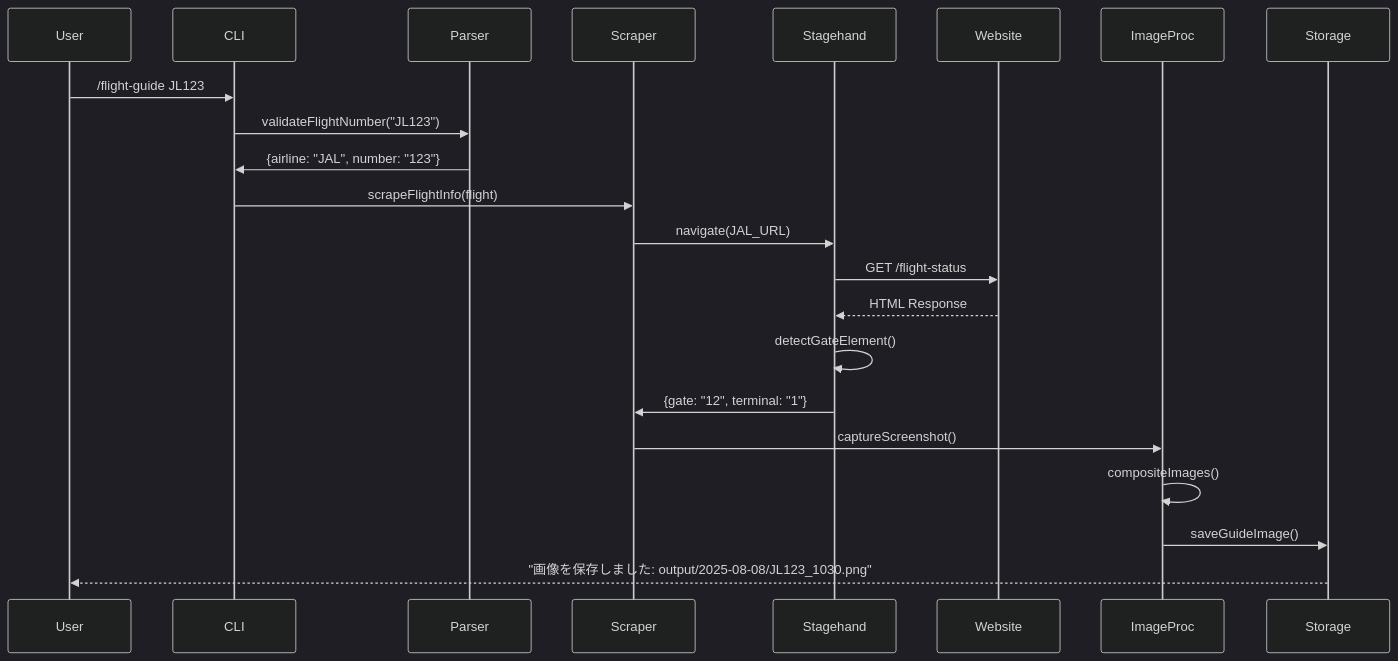
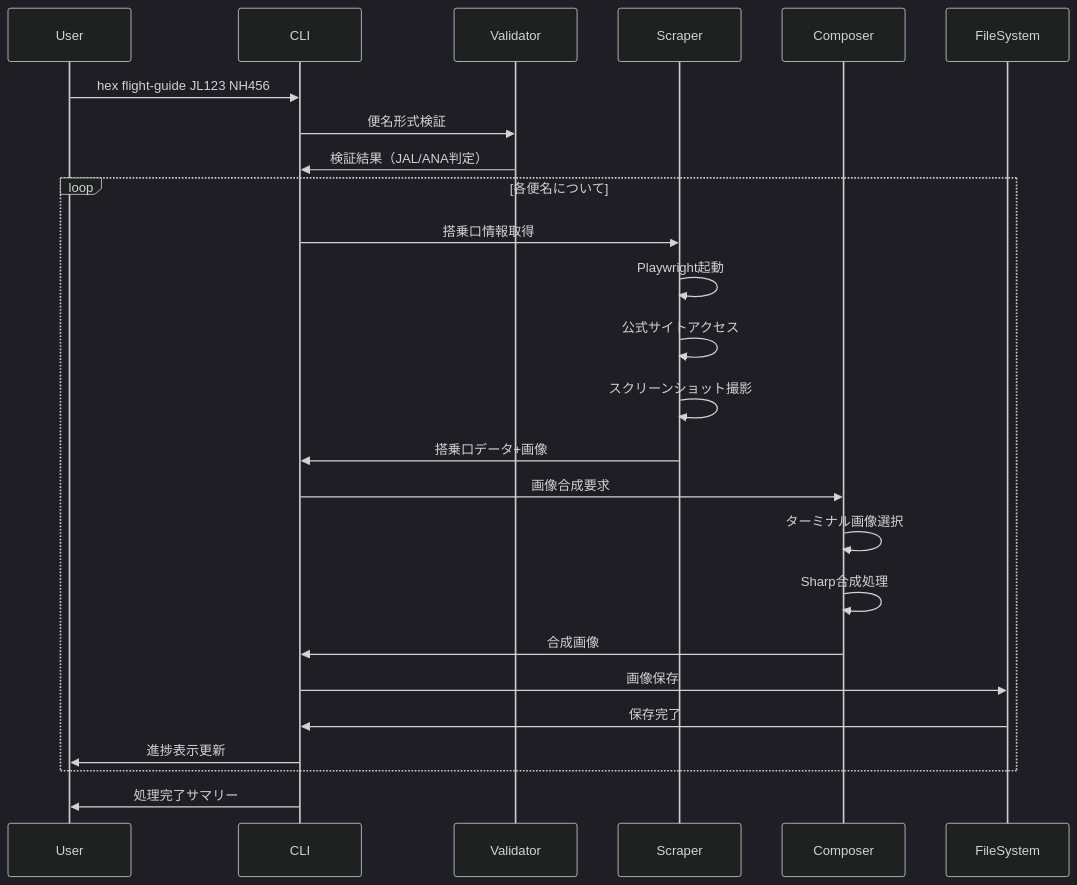
One commit to wh3at/hex changed the second of 5 diagrams in .kiro/specs/flight-guide-generator/design.md. Above: the diagram before and after it, drawn with Mermaid (dark theme). The commit also changed other lines of this file and 2 other files, not shown here.

First line of the commit message:
feat: flight-guide-generator の設計と実装タスクを完成

````diff
--- a/.kiro/specs/flight-guide-generator/design.md
+++ b/.kiro/specs/flight-guide-generator/design.md
@@ -98,25 +82,33 @@
 ```mermaid
 sequenceDiagram
     participant User
     participant CLI
-    participant Parser
+    participant Validator
     participant Scraper
-    participant Stagehand
-    participant Website
-    participant ImageProc
-    participant Storage
+    participant Composer
+    participant FileSystem
     
-    User->>CLI: /flight-guide JL123
-    CLI->>Parser: validateFlightNumber("JL123")
-    Parser->>CLI: {airline: "JAL", number: "123"}
-    CLI->>Scraper: scrapeFlightInfo(flight)
-    Scraper->>Stagehand: navigate(JAL_URL)
-    Stagehand->>Website: GET /flight-status
-    Website-->>Stagehand: HTML Response
-    Stagehand->>Stagehand: detectGateElement()
-    Stagehand->>Scraper: {gate: "12", terminal: "1"}
-    Scraper->>ImageProc: captureScreenshot()
-    ImageProc->>ImageProc: compositeImages()
-    ImageProc->>Storage: saveGuideImage()
-    Storage-->>User: "画像を保存しました: output/2025-08-08/JL123_1030.png"
+    User->>CLI: hex flight-guide JL123 NH456
+    CLI->>Validator: 便名形式検証
+    Validator->>CLI: 検証結果（JAL/ANA判定）
+    
+    loop 各便名について
+        CLI->>Scraper: 搭乗口情報取得
+        Scraper->>Scraper: Playwright起動
+        Scraper->>Scraper: 公式サイトアクセス
+        Scraper->>Scraper: スクリーンショット撮影
+        Scraper->>CLI: 搭乗口データ+画像
+        
+        CLI->>Composer: 画像合成要求
+        Composer->>Composer: ターミナル画像選択
+        Composer->>Composer: Sharp合成処理
+        Composer->>CLI: 合成画像
+        
+        CLI->>FileSystem: 画像保存
+        FileSystem->>CLI: 保存完了
+        
+        CLI->>User: 進捗表示更新
+    end
+    
+    CLI->>User: 処理完了サマリー
 ```
````
